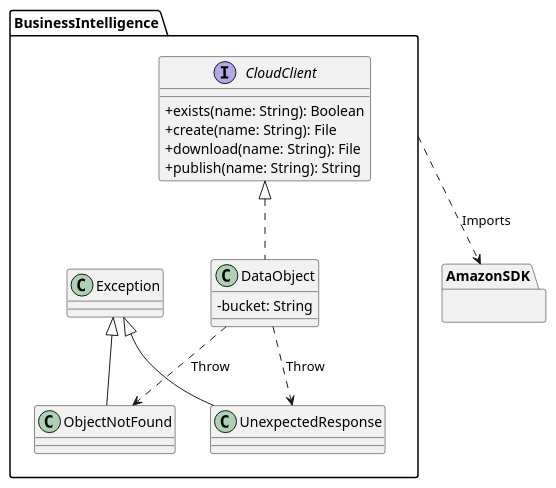
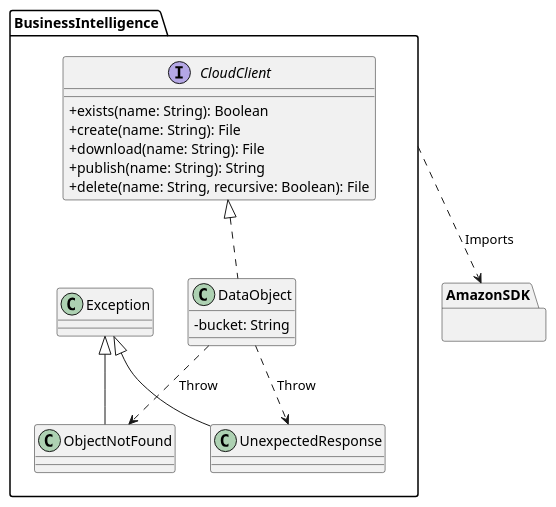
One commit to CPNV-ES-BI/BI_ELIXIR_AWS changed the diagram in docs/class_diagrams/data_object.puml. Above: the diagram before and after it, drawn with PlantUML. The commit also changed 4 other files, not shown here.

```diff
--- a/docs/class_diagrams/data_object.puml
+++ b/docs/class_diagrams/data_object.puml
@@ -1,32 +1,33 @@
 @startuml DataObject
 skinparam classAttributeIconSize 0
 package BusinessIntelligence {
     interface CloudClient {
      +exists(name: String): Boolean
      +create(name: String): File
      +download(name: String): File
      +publish(name: String): String
+     +delete(name: String, recursive: Boolean): File
     }
 
     class DataObject {
      -bucket: String
     }
 
     class Exception
     class ObjectNotFound
     class UnexpectedResponse
 
     CloudClient <|.. DataObject
 
     Exception <|-- ObjectNotFound
     Exception <|-- UnexpectedResponse
 
     DataObject ..> ObjectNotFound: Throw
     DataObject ..> UnexpectedResponse: Throw
 }
 
 package AmazonSDK {}
 
 BusinessIntelligence ..> AmazonSDK: Imports
 
 @enduml
```
